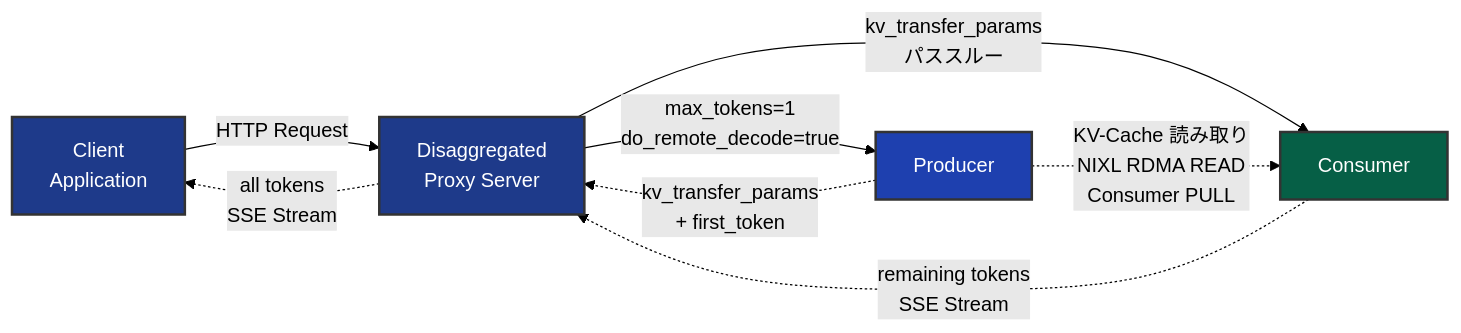
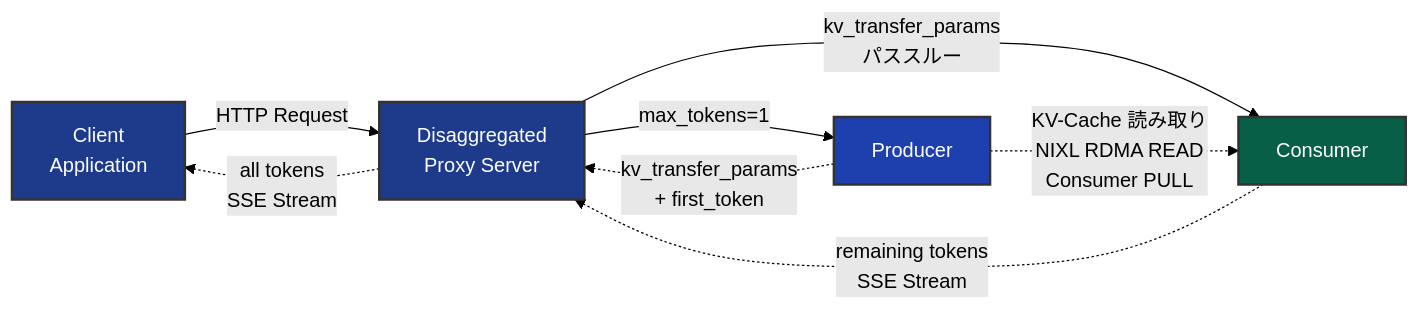
Before and after one commit to littlemex/zenn: the first of 10 diagrams in articles/3dd524130320d3.md, drawn with Mermaid (forest theme). The commit also changed other lines of this file, not shown here.

````diff
--- a/articles/3dd524130320d3.md
+++ b/articles/3dd524130320d3.md
@@ -44,15 +44,15 @@
 ```mermaid
 graph LR
     Client[Client<br/>Application] -->|HTTP Request| Proxy[Disaggregated<br/>Proxy Server]
-    Proxy -->|"max_tokens=1<br/>do_remote_decode=true"| Prefill[Producer]
+    Proxy -->|"max_tokens=1"| Prefill[Producer]
     Prefill -.->|"kv_transfer_params<br/>+ first_token"| Proxy
     Proxy -->|"kv_transfer_params<br/>パススルー"| Decode[Consumer]
     Decode -.->|"remaining tokens<br/>SSE Stream"| Proxy
     Proxy -.->|"all tokens<br/>SSE Stream"| Client
     Prefill -.->|"KV-Cache 読み取り<br/>NIXL RDMA READ<br/>Consumer PULL"| Decode
 
     style Client fill: #1e3a8a,stroke: #333,stroke-width:2px,color: #fff
     style Proxy fill: #1e3a8a,stroke: #333,stroke-width:2px,color: #fff
     style Prefill fill: #1e40af,stroke: #333,stroke-width:2px,color: #fff
     style Decode fill: #065f46,stroke: #333,stroke-width:2px,color: #fff
 ```
````
